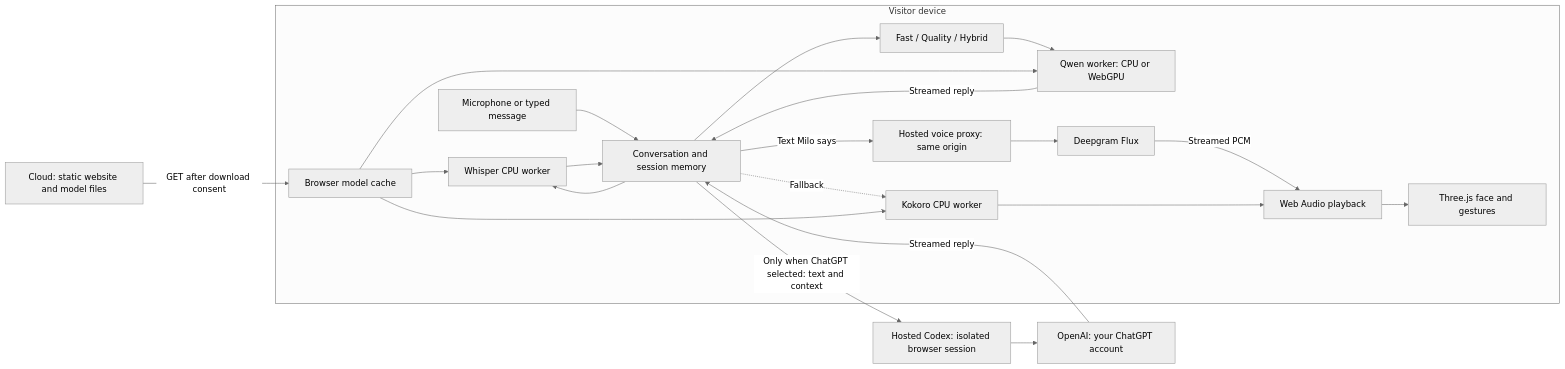
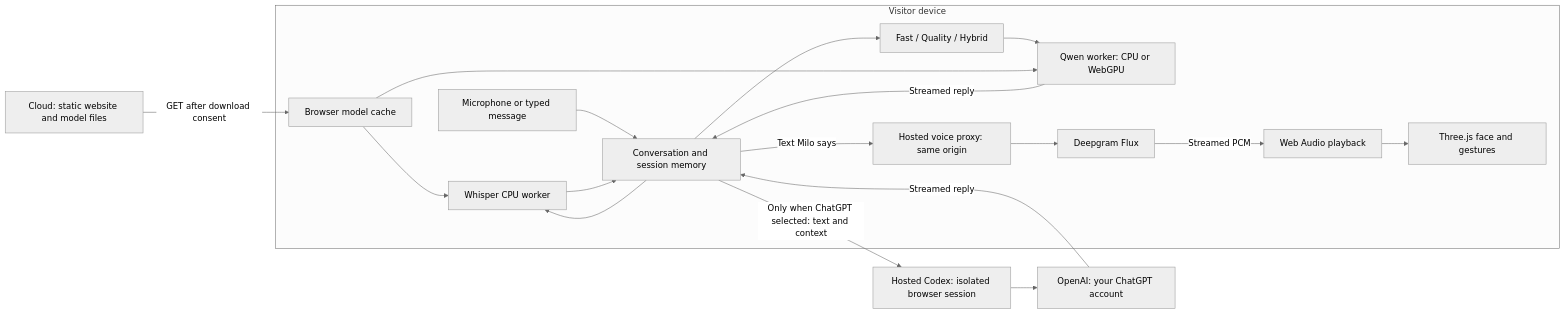
Before and after one commit to michaelegbo/milo: the diagram in README.md, drawn with Mermaid (neutral theme). The commit also changed other lines of this file and 15 other files, not shown here.

````diff
--- a/README.md
+++ b/README.md
@@ -114,24 +114,21 @@
 ```mermaid
 flowchart LR
   Host[Cloud: static website and model files] -->|GET after download consent| Cache[Browser model cache]
   subgraph Device[Visitor device]
     Input[Microphone or typed message] --> UI[Conversation and session memory]
     UI --> Whisper[Whisper CPU worker]
     Whisper --> UI
     UI --> Router[Fast / Quality / Hybrid]
     Router --> Qwen[Qwen worker: CPU or WebGPU]
     Qwen -->|Streamed reply| UI
     UI -->|Text Milo says| Voice[Hosted voice proxy: same origin]
     Voice --> Deepgram[Deepgram Flux]
     Deepgram -->|Streamed PCM| Audio[Web Audio playback]
-    UI -.->|Fallback| Kokoro[Kokoro CPU worker]
-    Kokoro --> Audio
     Audio --> Avatar[Three.js face and gestures]
     Cache --> Whisper
     Cache --> Qwen
-    Cache --> Kokoro
   end
   UI -->|Only when ChatGPT selected: text and context| Codex[Hosted Codex: isolated browser session]
   Codex --> OpenAI[OpenAI: your ChatGPT account]
   OpenAI -->|Streamed reply| UI
 ```
````
